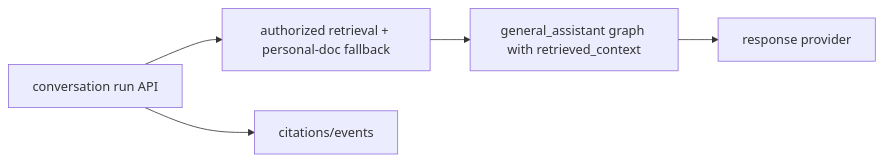
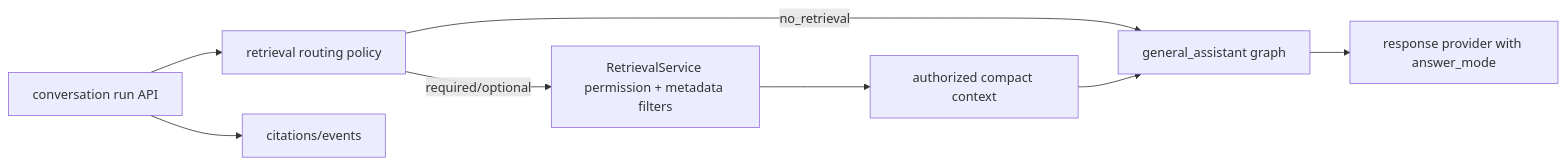
Before and after one commit to heecheon92/my-agents: the second of 2 diagrams in my_agents/agents/general_assistant/README.en.md, drawn with Mermaid. The commit also changed other lines of this file and 25 other files, not shown here.

First line of the commit message:
Route retrieval before assistant graph replies

````diff
--- a/my_agents/agents/general_assistant/README.en.md
+++ b/my_agents/agents/general_assistant/README.en.md
@@ -68,7 +68,10 @@
 ```mermaid
 flowchart LR
-    RunAPI["conversation run API"] --> Retrieval["authorized retrieval + personal-doc fallback"]
-    Retrieval --> Graph["general_assistant graph with retrieved_context"]
+    RunAPI["conversation run API"] --> Router["retrieval routing policy"]
+    Router -->|no_retrieval| Graph["general_assistant graph"]
+    Router -->|required/optional| Retrieval["RetrievalService permission + metadata filters"]
+    Retrieval --> GraphCtx["authorized compact context"]
+    GraphCtx --> Graph
     RunAPI --> Citations["citations/events"]
-    Graph --> Provider["response provider"]
+    Graph --> Provider["response provider with answer_mode"]
 ```
````
